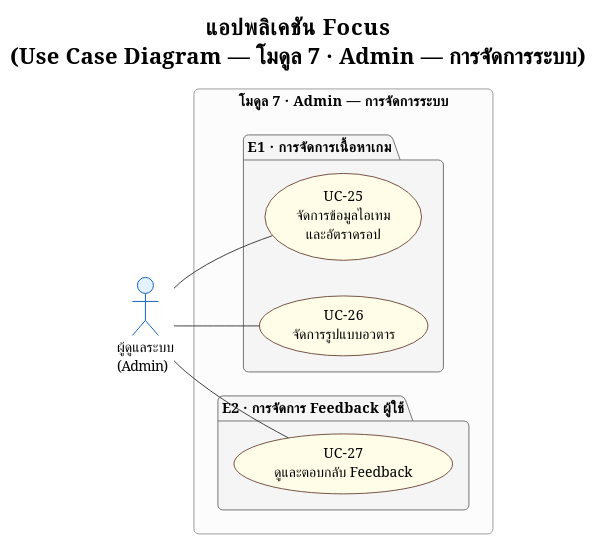
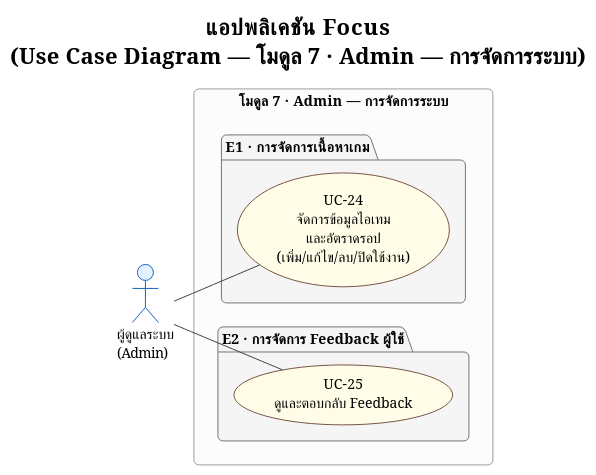
Before and after one commit to popotaroman-cloud/dssiprj-pad: the diagram in proposal/usecase/usecase_module7.puml, drawn with PlantUML. The commit also changed other lines of this file and 46 other files, not shown here.

```diff
--- a/proposal/usecase/usecase_module7.puml
+++ b/proposal/usecase/usecase_module7.puml
@@ -4,47 +5,45 @@
 @startuml usecase_module7
 !theme plain
 skinparam defaultFontName TH Sarabun New
 skinparam defaultFontSize 14
 skinparam roundcorner 10
 
 skinparam usecase {
   BackgroundColor #FFFDE7
   BorderColor #795548
 }
 skinparam actor {
   BackgroundColor #E3F2FD
   BorderColor #1565C0
 }
 skinparam package {
   BackgroundColor #F5F5F5
   BorderColor #757575
   FontStyle bold
 }
 skinparam rectangle {
   BackgroundColor #FCFCFC
   BorderColor #9E9E9E
 }
 skinparam ArrowColor #424242
 
 title <b>แอปพลิเคชัน Focus</b>\n(Use Case Diagram — โมดูล 7 · Admin — การจัดการระบบ)
 
 left to right direction
 
 actor "ผู้ดูแลระบบ\n(Admin)" as Admin
 
 rectangle "โมดูล 7 · Admin — การจัดการระบบ" {
   package "E1 · การจัดการเนื้อหาเกม" {
-    usecase "UC-25\nจัดการข้อมูลไอเทม\nและอัตราดรอป" as UC25
-    usecase "UC-26\nจัดการรูปแบบอวตาร" as UC26
+    usecase "UC-24\nจัดการข้อมูลไอเทม\nและอัตราดรอป\n(เพิ่ม/แก้ไข/ลบ/ปิดใช้งาน)" as UC24
   }
 
   package "E2 · การจัดการ Feedback ผู้ใช้" {
-    usecase "UC-27\nดูและตอบกลับ Feedback" as UC27
+    usecase "UC-25\nดูและตอบกลับ Feedback" as UC25
   }
 }
 
+Admin -- UC24
 Admin -- UC25
-Admin -- UC26
-Admin -- UC27
 
 @enduml
```
